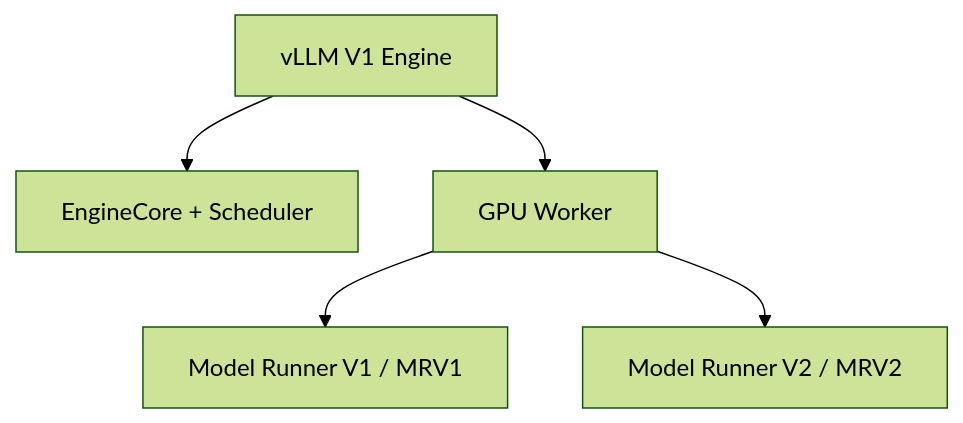
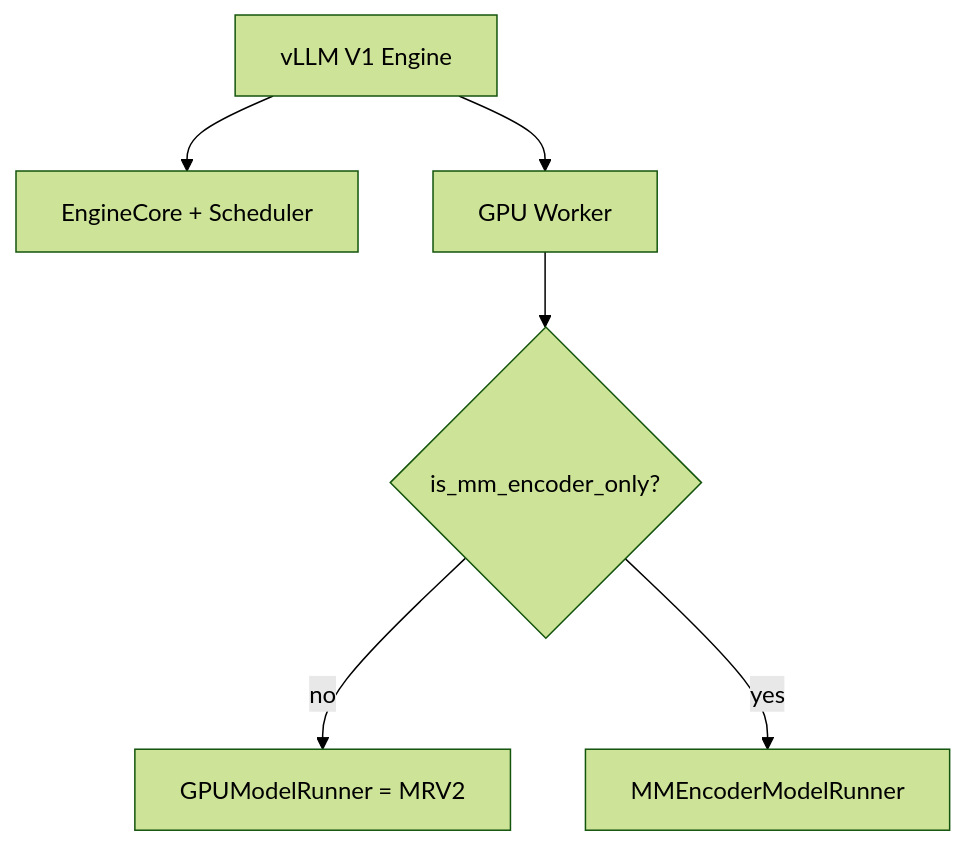
The third of 41 diagrams in book/07-model-execution/README.md (cluster1900/vllm_reader), drawn with Mermaid (forest theme) before and after one commit. The commit also changed other lines of this file and 2 other files, not shown here.

Commit message:
ch07: rewrite MRV1-dependent sections to the MRV2-only path at 05caae03 (7.2, 7.6.2, 7.12, 7.16, 7.18, 7.19, 7.22, tests/experiments)

````diff
--- a/book/07-model-execution/README.md
+++ b/book/07-model-execution/README.md
@@ -179,7 +184,8 @@
 ```mermaid
 flowchart TD
     V1["vLLM V1 Engine"] --> C["EngineCore + Scheduler"]
     V1 --> W["GPU Worker"]
-    W --> R1["Model Runner V1 / MRV1"]
-    W --> R2["Model Runner V2 / MRV2"]
+    W --> M{"is_mm_encoder_only?"}
+    M -->|no| R2["GPUModelRunner = MRV2"]
+    M -->|yes| E["MMEncoderModelRunner"]
 ```
````
